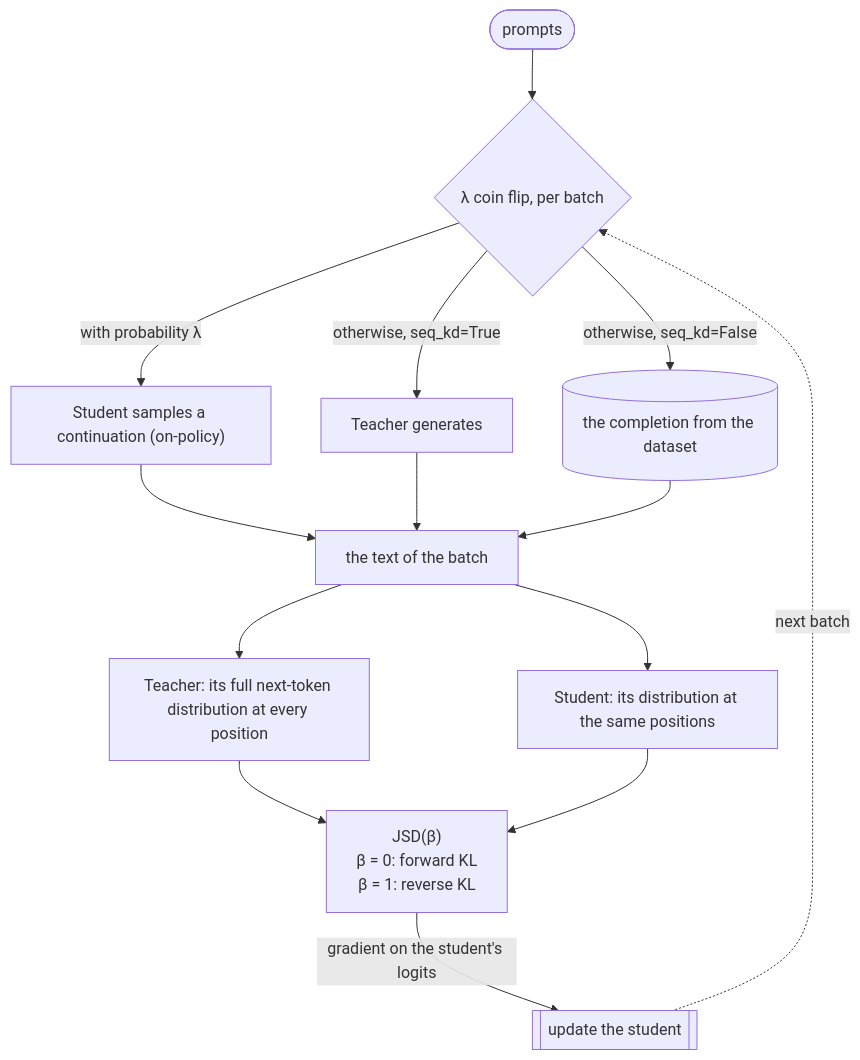
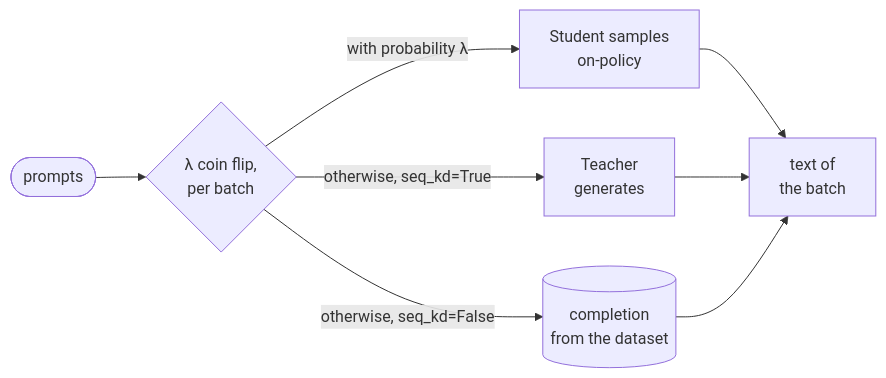
One commit to aniryou/full-stack-agentic-engineer changed the first of 3 diagrams in 00-foundations/distillation/PRIMER.md. Above: the diagram before and after it, drawn with Mermaid. The commit also changed other lines of this file and 633 other files, not shown here.

First line of the commit message:
Accessible language and one-screen figures, part 1: every figure fits a screen, the STE second pass over the layers (#53)

````diff
--- a/00-foundations/distillation/PRIMER.md
+++ b/00-foundations/distillation/PRIMER.md
@@ -361,16 +361,10 @@
 ```mermaid
-flowchart TB
-  P([prompts]) --> C{"λ coin flip, per batch"}
-  C -->|"with probability λ"| S["Student samples a continuation (on-policy)"]
-  C -->|"otherwise, seq_kd=True"| T["Teacher generates"]
-  C -->|"otherwise, seq_kd=False"| D[("the completion from the dataset")]
-  S --> X["the text of the batch"]
+flowchart LR
+  P([prompts]) --> C{"λ coin flip,<br/>per batch"}
+  C -->|"with probability λ"| S["Student samples<br/>on-policy"]
+  C -->|"otherwise, seq_kd=True"| T["Teacher<br/>generates"]
+  C -->|"otherwise, seq_kd=False"| D[("completion<br/>from the dataset")]
+  S --> X["text of<br/>the batch"]
   T --> X
   D --> X
-  X --> TS["Teacher: its full next-token distribution at every position"]
-  X --> SS["Student: its distribution at the same positions"]
-  TS --> J["JSD(β)<br/>β = 0: forward KL<br/>β = 1: reverse KL"]
-  SS --> J
-  J -->|"gradient on the student's logits"| U[["update the student"]]
-  U -.->|"next batch"| C
 ```
````
